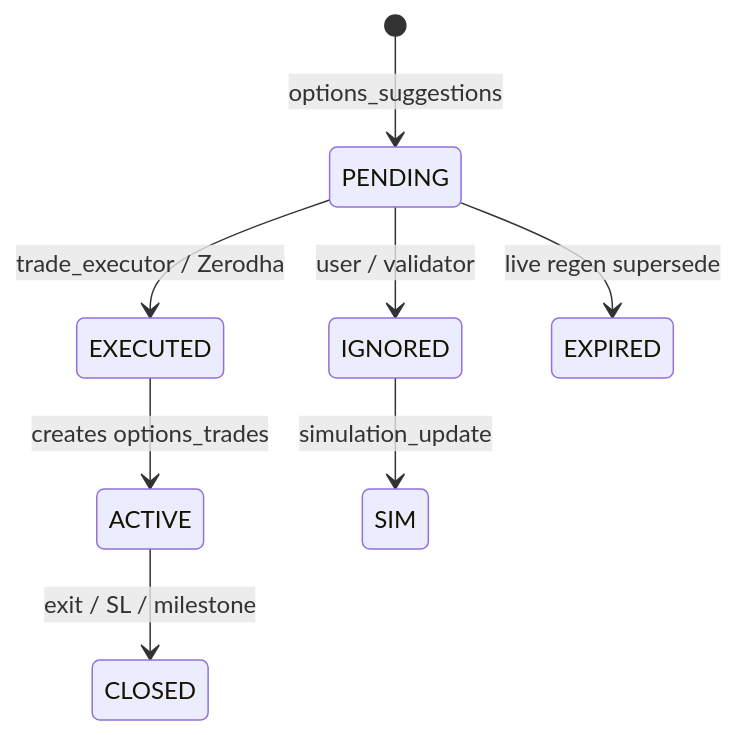
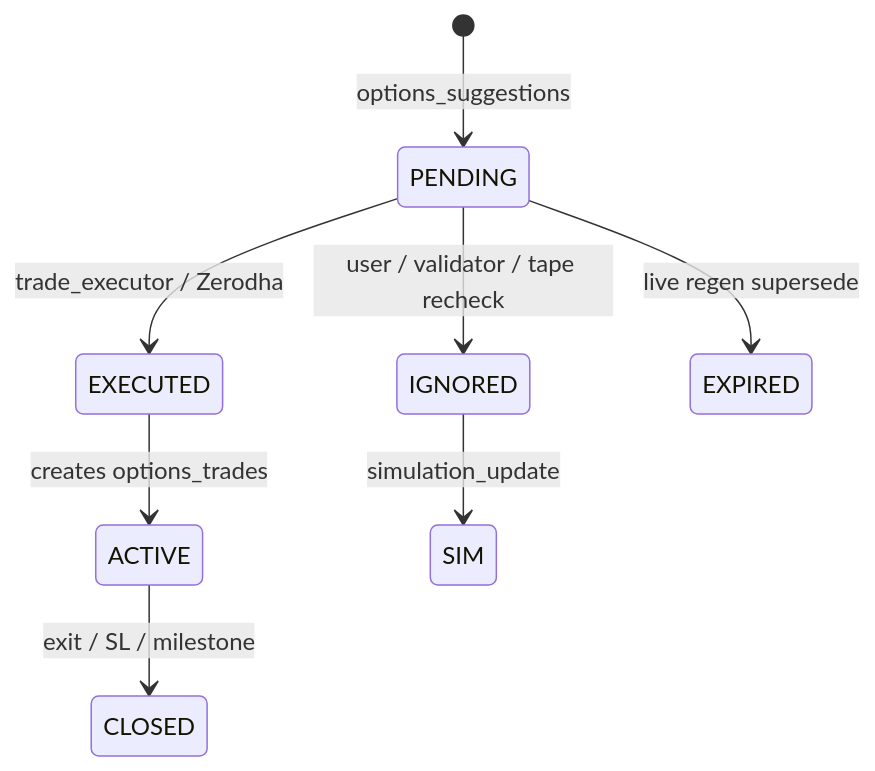
The fourth of 7 diagrams in README.md (tamajit20/options_advisor_system), drawn with Mermaid before and after one commit. The commit also changed other lines of this file and 2 other files, not shown here.

Commit message:
Ignore pending suggestions when today's tape no longer supports them.

````diff
--- a/README.md
+++ b/README.md
@@ -564,10 +566,10 @@
 ```mermaid
 stateDiagram-v2
   [*] --> PENDING: options_suggestions
   PENDING --> EXECUTED: trade_executor / Zerodha
-  PENDING --> IGNORED: user / validator
+  PENDING --> IGNORED: user / validator / tape recheck
   PENDING --> EXPIRED: live regen supersede
   EXECUTED --> ACTIVE: creates options_trades
   ACTIVE --> CLOSED: exit / SL / milestone
   IGNORED --> SIM: simulation_update
 ```
````
